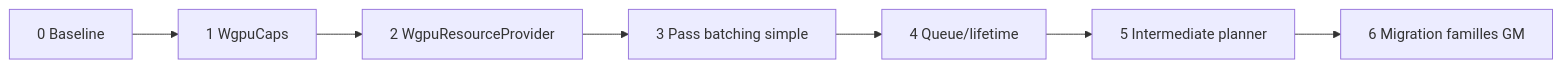
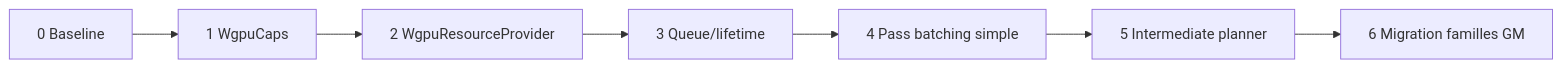
One commit to ygdrasil-io/kanvas changed the seventh of 8 diagrams in refactor/06-diagrams.md. Above: the diagram before and after it, drawn with Mermaid. The commit also changed 4 other files, not shown here.

````diff
--- a/refactor/06-diagrams.md
+++ b/refactor/06-diagrams.md
@@ -153,9 +153,9 @@
 ```mermaid
 flowchart LR
     A["0 Baseline"] --> B["1 WgpuCaps"]
     B --> C["2 WgpuResourceProvider"]
-    C --> D["3 Pass batching simple"]
-    D --> E["4 Queue/lifetime"]
+    C --> D["3 Queue/lifetime"]
+    D --> E["4 Pass batching simple"]
     E --> F["5 Intermediate planner"]
     F --> G["6 Migration familles GM"]
 ```
````
